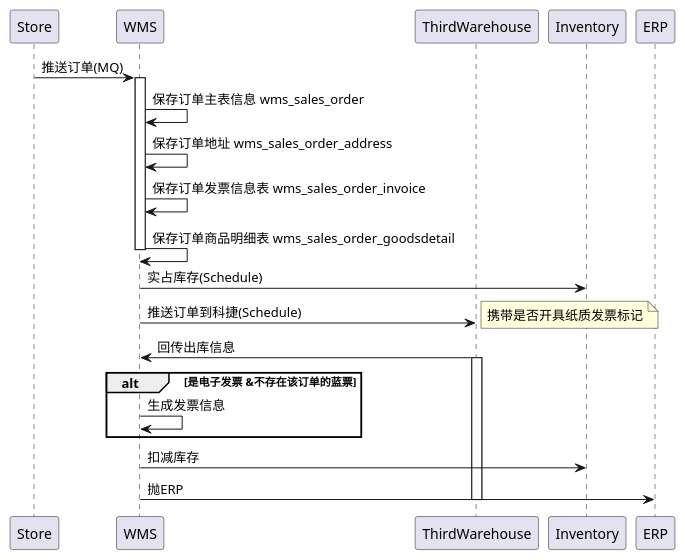
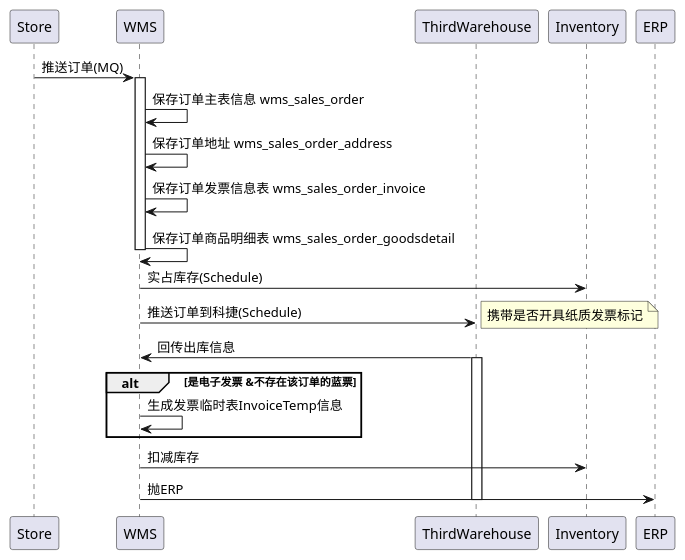
The diagram in uml/wms/invoice.puml (newbigTech/myDesignPattern), drawn with PlantUML before and after one commit. The commit also changed 7 other files, not shown here.

Commit message:
uml图

```diff
--- a/uml/wms/invoice.puml
+++ b/uml/wms/invoice.puml
@@ -1,30 +1,29 @@
 @startuml
 
 participant Store
 participant WMS
 participant ThirdWarehouse
 participant "Inventory" as inv
 participant "ERP" as erp
 Store -> WMS: 推送订单(MQ)
 activate WMS
 WMS -> WMS: 保存订单主表信息 wms_sales_order
 WMS -> WMS: 保存订单地址 wms_sales_order_address
 WMS -> WMS: 保存订单发票信息表 wms_sales_order_invoice
 WMS -> WMS: 保存订单商品明细表 wms_sales_order_goodsdetail
 deactivate WMS
 WMS -> inv : 实占库存(Schedule)
 WMS -> ThirdWarehouse: 推送订单到科捷(Schedule)
 note right
 携带是否开具纸质发票标记
 end note
 WMS <- ThirdWarehouse: 回传出库信息
 activate ThirdWarehouse
 alt 是电子发票 &不存在该订单的蓝票
-    WMS->WMS:生成发票信息
-
+    WMS->WMS:生成发票临时表InvoiceTemp信息
 end
 WMS-> inv : 扣减库存
 WMS-> erp : 抛ERP
 deactivate ThirdWarehouse
 
 @enduml
```
